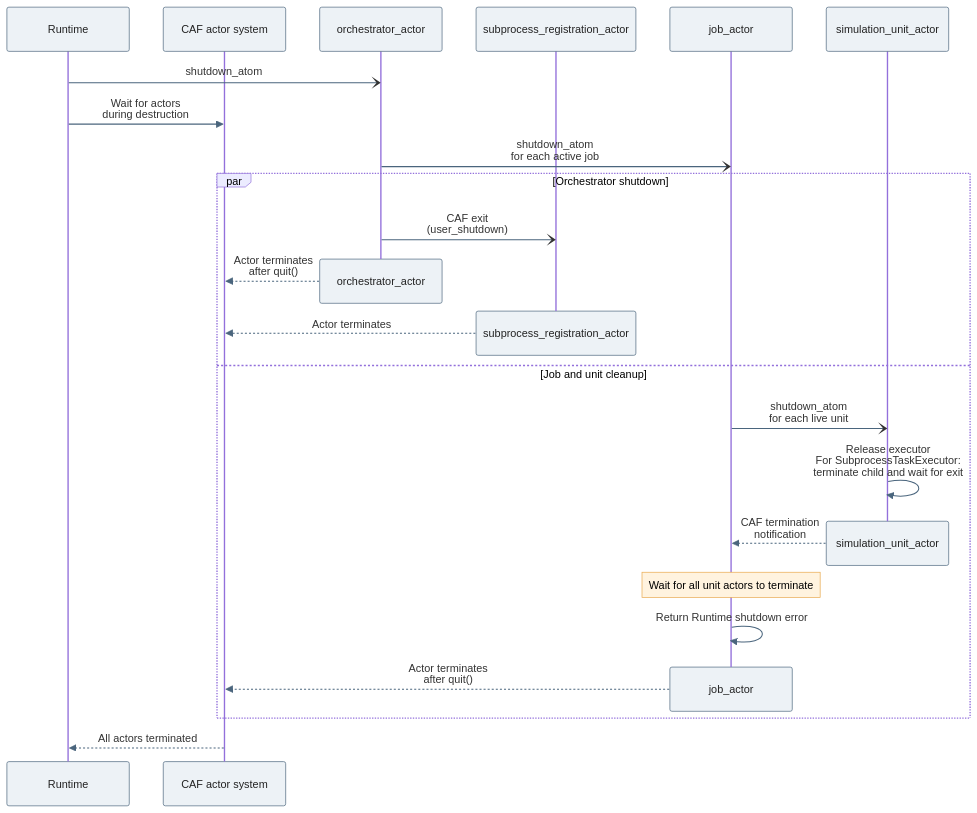
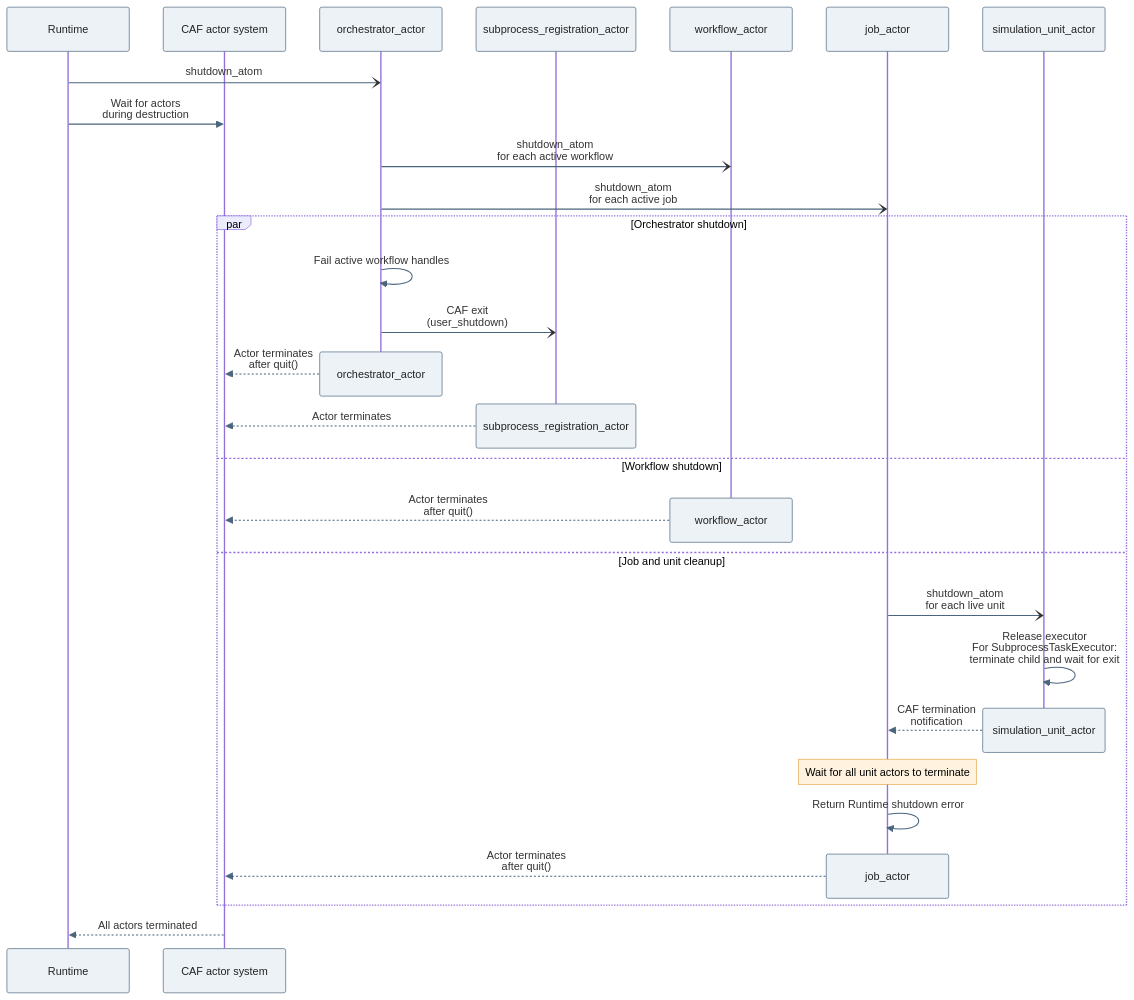
The diagram in docs/diagrams/runtime_shutdown.mmd (uofs-simlab/miaow-framework), drawn with Mermaid before and after one commit. The commit also changed 9 other files, not shown here.

```diff
--- a/docs/diagrams/runtime_shutdown.mmd
+++ b/docs/diagrams/runtime_shutdown.mmd
@@ -1,49 +1,55 @@
 ---
 config:
   sequence:
     useMaxWidth: true
     mirrorActors: true
     width: 180
     actorMargin: 50
     diagramMarginX: 16
     diagramMarginY: 12
     messageMargin: 18
     actorFontSize: 14
     messageFontSize: 14
     noteFontSize: 14
   themeVariables:
     actorBkg: "#edf2f6"
     actorBorder: "#4a657d"
     actorTextColor: "#222222"
     signalColor: "#4a657d"
     noteBkgColor: "#fff3df"
     noteBorderColor: "#e8a84b"
 ---
 sequenceDiagram
     participant R as Runtime
     participant S as CAF actor system
     participant O as orchestrator_actor
     participant Reg as subprocess_registration_actor
+    participant F as workflow_actor
     participant J as job_actor
     participant U as simulation_unit_actor
 
     R-)O: shutdown_atom
     R->>S: Wait for actors<br/>during destruction
+    O-)F: shutdown_atom<br/>for each active workflow
     O-)J: shutdown_atom<br/>for each active job
     par Orchestrator shutdown
+        O->>O: Fail active workflow handles
         O-)Reg: CAF exit<br/>(user_shutdown)
         destroy O
         O-->>S: Actor terminates<br/>after quit()
         destroy Reg
         Reg-->>S: Actor terminates
+    and Workflow shutdown
+        destroy F
+        F-->>S: Actor terminates<br/>after quit()
     and Job and unit cleanup
         J-)U: shutdown_atom<br/>for each live unit
         U->>U: Release executor<br/>For SubprocessTaskExecutor:<br/>terminate child and wait for exit
         destroy U
         U-->>J: CAF termination<br/>notification
         Note over J: Wait for all unit actors to terminate
         J->>J: Return Runtime shutdown error
         destroy J
         J-->>S: Actor terminates<br/>after quit()
     end
     S-->>R: All actors terminated
```
